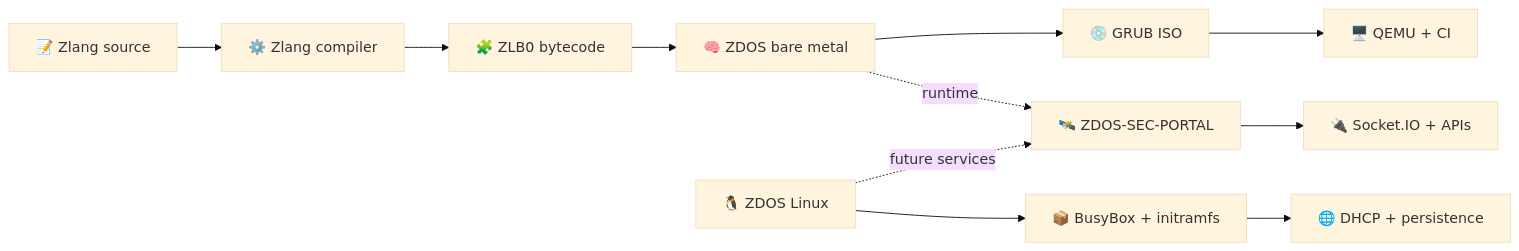
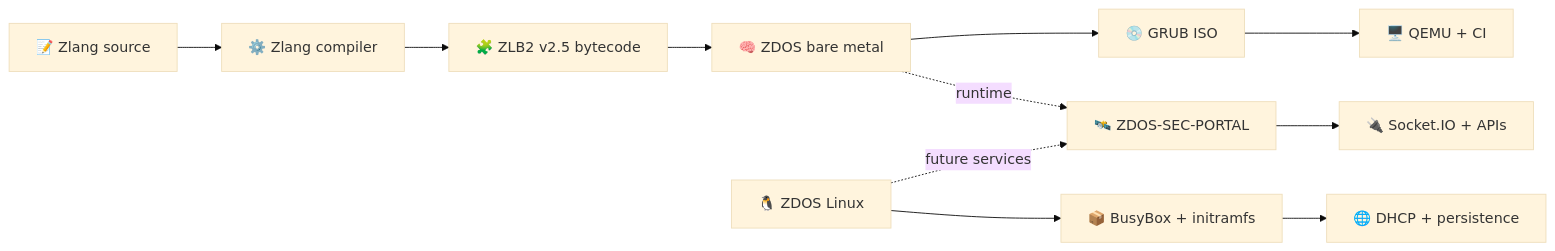
The diagram in README.md (high-cde/ZDOS), drawn with Mermaid (base theme) before and after one commit. The commit also changed other lines of this file and 15 other files, not shown here.

````diff
--- a/README.md
+++ b/README.md
@@ -16,13 +16,13 @@
 ```mermaid
 flowchart LR
     A[📝 Zlang source] --> B[⚙️ Zlang compiler]
-    B --> C[🧩 ZLB0 bytecode]
+    B --> C[🧩 ZLB2 v2.5 bytecode]
     C --> D[🧠 ZDOS bare metal]
     D --> E[💿 GRUB ISO]
     E --> F[🖥️ QEMU + CI]
     G[🐧 ZDOS Linux] --> H[📦 BusyBox + initramfs]
     H --> I[🌐 DHCP + persistence]
     J[🛰️ ZDOS-SEC-PORTAL] --> K[🔌 Socket.IO + APIs]
     D -. runtime .-> J
     G -. future services .-> J
 ```
````
